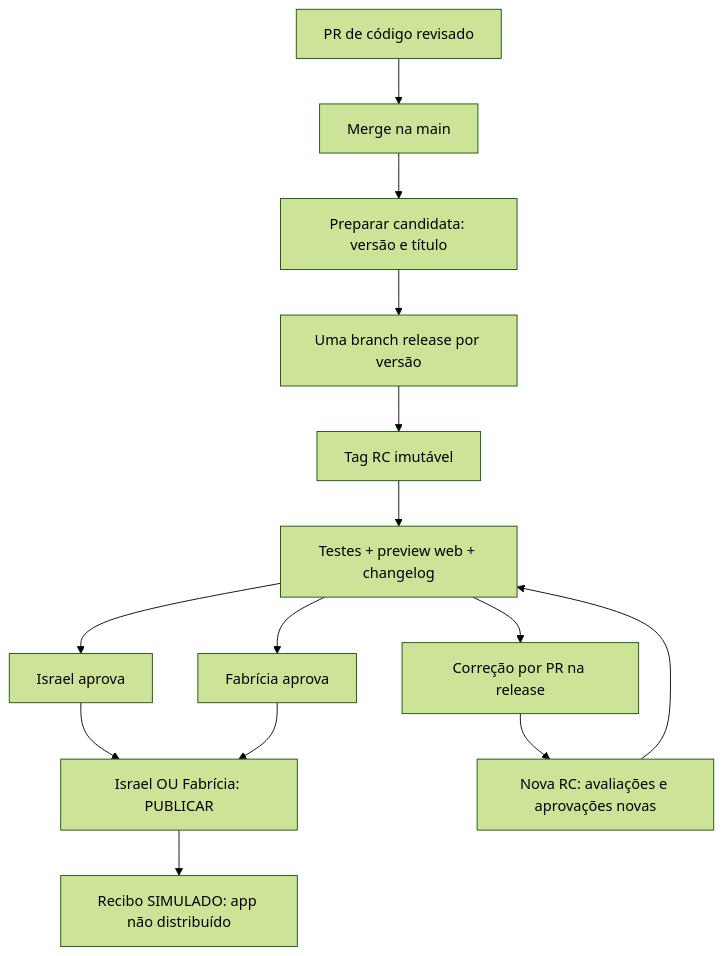
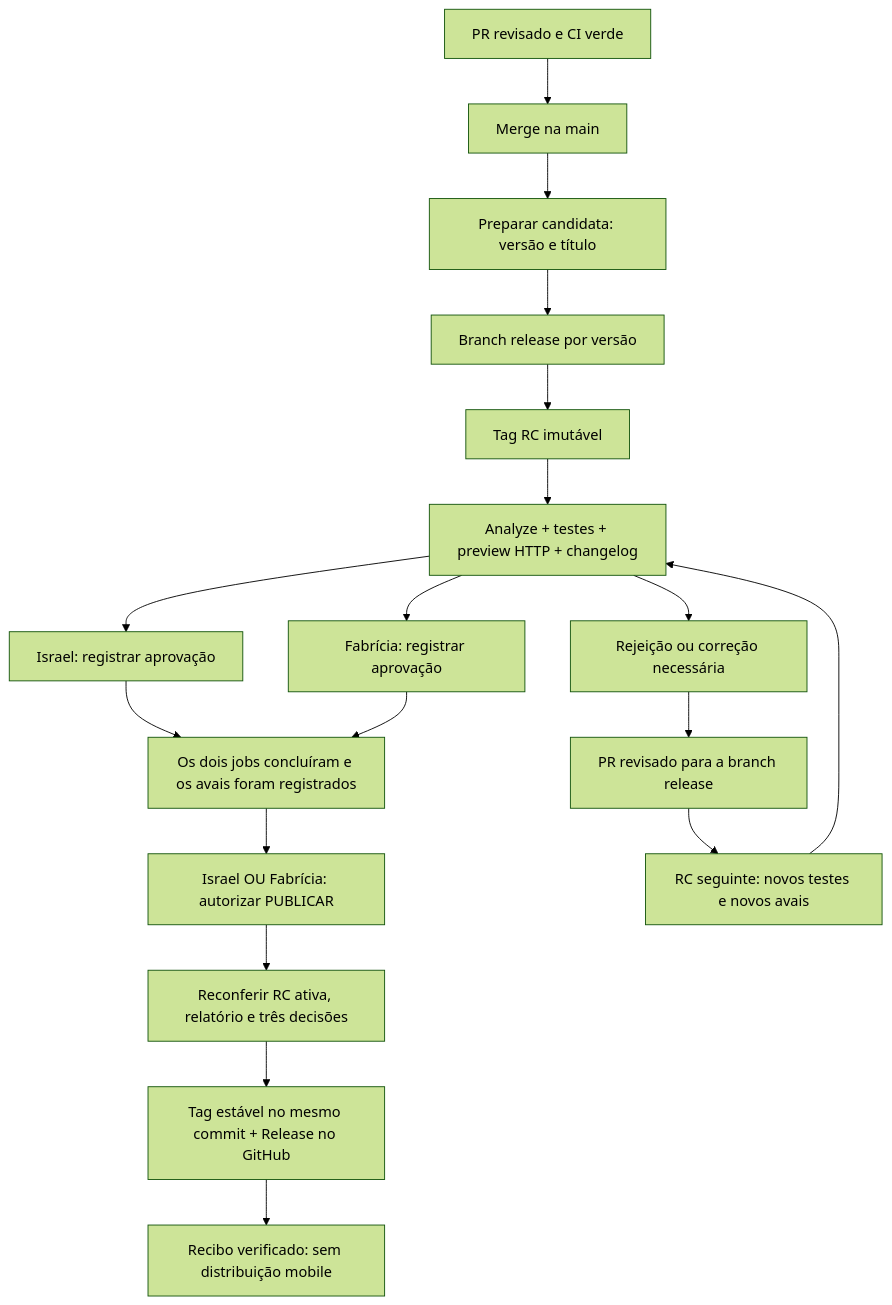
The diagram in docs/delivery/FLUXO-DOIS-APROVADORES.md (israelhudson/flutter_code_push_example), drawn with Mermaid (forest theme) before and after one commit. The commit also changed other lines of this file and 11 other files, not shown here.

Commit message:
feat: promote approved LAB candidates to stable GitHub releases

````diff
--- a/docs/delivery/FLUXO-DOIS-APROVADORES.md
+++ b/docs/delivery/FLUXO-DOIS-APROVADORES.md
@@ -12,16 +16,20 @@
 ```mermaid
 flowchart TD
-  PR[PR de código revisado] --> Main[Merge na main]
+  PR[PR revisado e CI verde] --> Main[Merge na main]
   Main --> Prepare[Preparar candidata: versão e título]
-  Prepare --> Release[Uma branch release por versão]
+  Prepare --> Release[Branch release por versão]
   Release --> RC[Tag RC imutável]
-  RC --> Eval[Testes + preview web + changelog]
-  Eval --> Israel[Israel aprova]
-  Eval --> Fabricia[Fabrícia aprova]
-  Israel --> Publish[Israel OU Fabrícia: PUBLICAR]
-  Fabricia --> Publish
-  Publish --> Receipt[Recibo SIMULADO: app não distribuído]
-  Eval --> Fix[Correção por PR na release]
-  Fix --> Next[Nova RC: avaliações e aprovações novas]
+  RC --> Eval[Analyze + testes + preview HTTP + changelog]
+  Eval --> Israel[Israel: registrar aprovação]
+  Eval --> Fabricia[Fabrícia: registrar aprovação]
+  Israel --> Both[Os dois jobs concluíram e os avais foram registrados]
+  Fabricia --> Both
+  Both --> Authorize[Israel OU Fabrícia: autorizar PUBLICAR]
+  Authorize --> Verify[Reconferir RC ativa, relatório e três decisões]
+  Verify --> Stable[Tag estável no mesmo commit + Release no GitHub]
+  Stable --> Receipt[Recibo verificado: sem distribuição mobile]
+  Eval --> Reject[Rejeição ou correção necessária]
+  Reject --> Fix[PR revisado para a branch release]
+  Fix --> Next[RC seguinte: novos testes e novos avais]
   Next --> Eval
 ```
````
